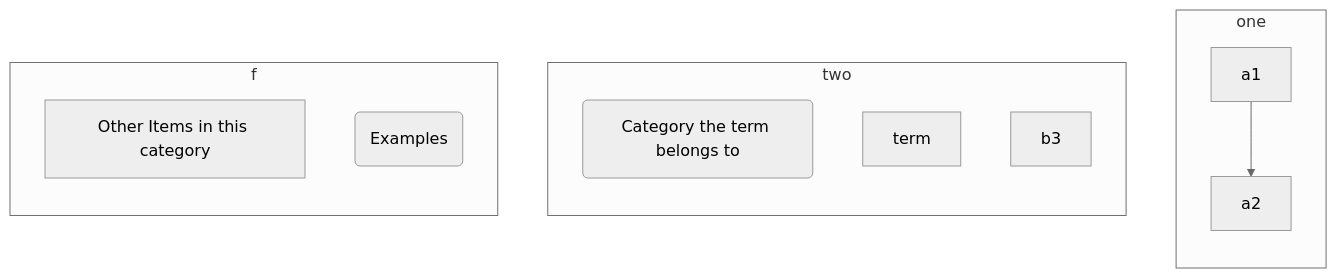
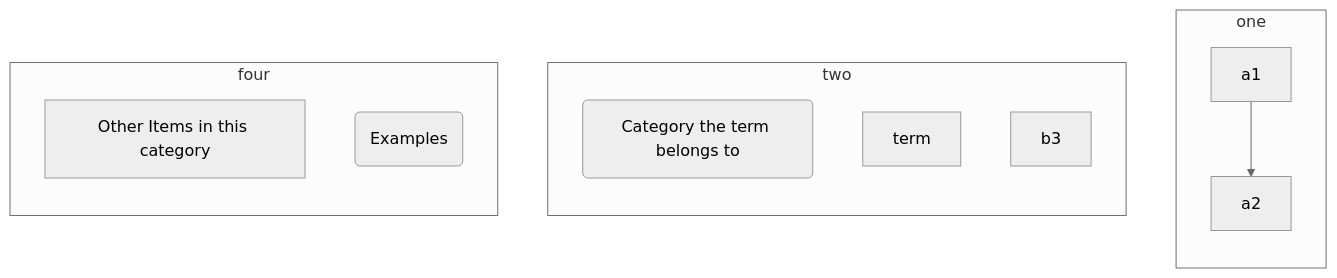
Before and after one commit to gerbssusd/dok: the diagram in slides.md, drawn with Mermaid (neutral theme).

````diff
--- a/slides.md
+++ b/slides.md
@@ -217,24 +217,24 @@
 ```mermaid
 flowchart TB
     subgraph one 
      direction TB
     a1-->a2
      end
     subgraph two
       direction TB
         b1(Category the term belongs to)
         b2[term]
         b3 
         end
-    subgraph f
+    subgraph four
       direction TB
     c1[Other Items in this category] 
     c2(Examples)
     end
 
 
 
 
 
 
 ```
````
